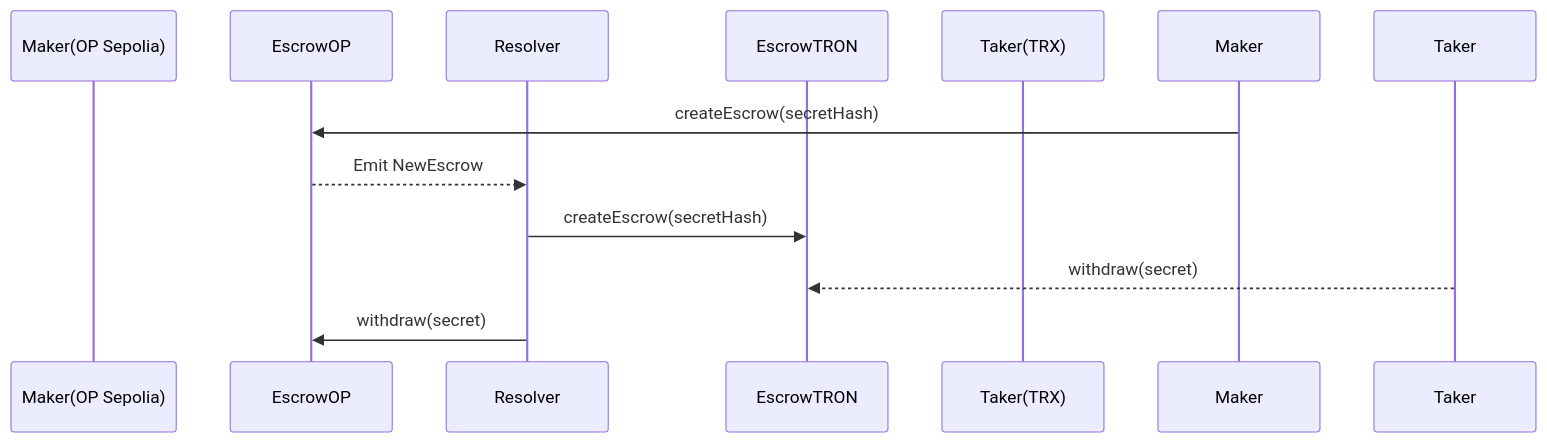
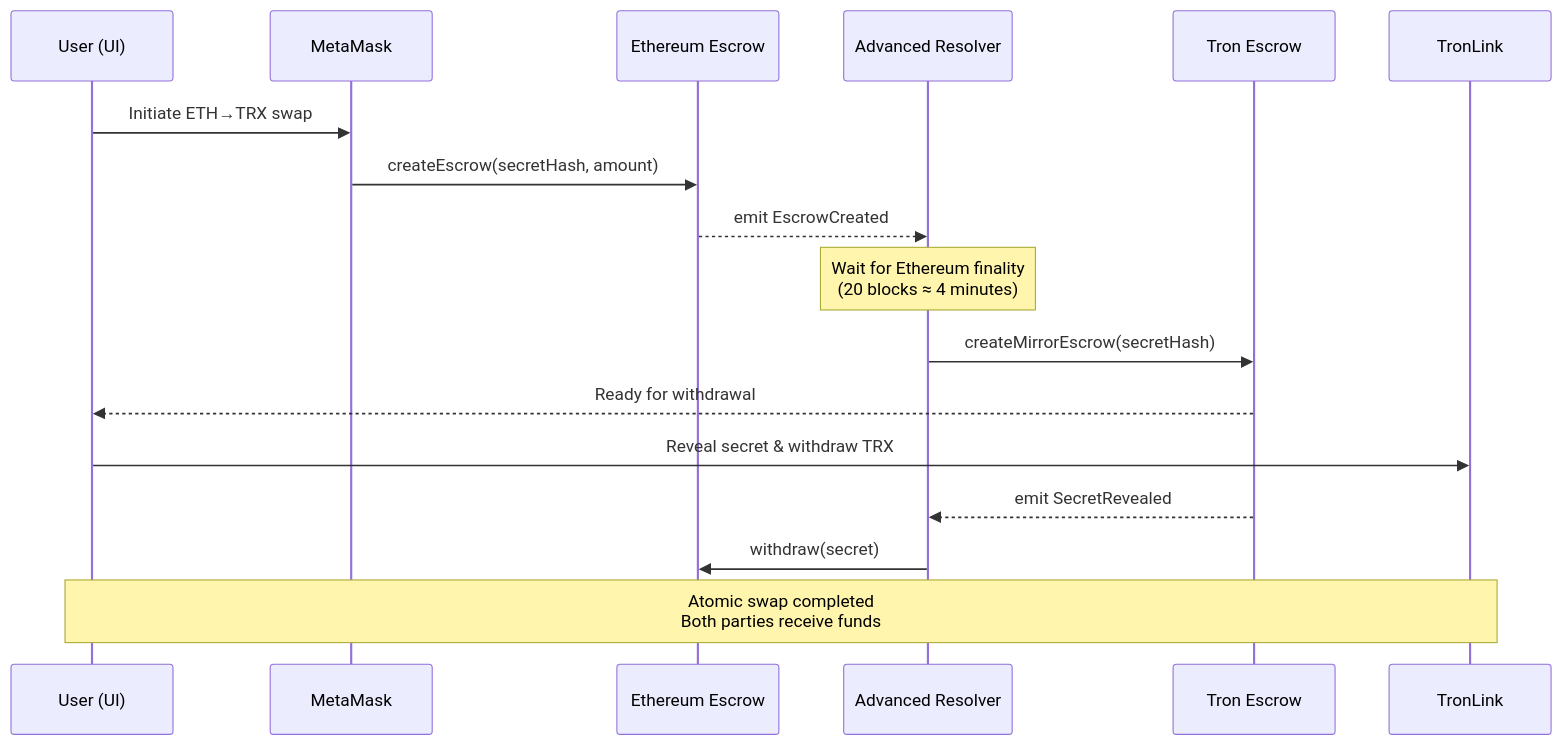
Before and after one commit to JingYuan0926/unite: the diagram in tron/README.md, drawn with Mermaid. The commit also changed other lines of this file and 1 other file, not shown here.

````diff
--- a/tron/README.md
+++ b/tron/README.md
@@ -59,14 +42,24 @@
 ```mermaid
 sequenceDiagram
-    participant Maker(OP Sepolia)
-    participant EscrowOP
-    participant Resolver
-    participant EscrowTRON
-    participant Taker(TRX)
+    participant User as User (UI)
+    participant MetaMask as MetaMask
+    participant EthEscrow as Ethereum Escrow
+    participant Resolver as Advanced Resolver
+    participant TronEscrow as Tron Escrow
+    participant TronLink as TronLink
 
-    Maker->>EscrowOP: createEscrow(secretHash)
-    EscrowOP-->>Resolver: Emit NewEscrow
-    Resolver->>EscrowTRON: createEscrow(secretHash)
-    Taker-->>EscrowTRON: withdraw(secret)
-    Resolver->>EscrowOP: withdraw(secret)
+    User->>MetaMask: Initiate ETH→TRX swap
+    MetaMask->>EthEscrow: createEscrow(secretHash, amount)
+    EthEscrow-->>Resolver: emit EscrowCreated
+    
+    Note over Resolver: Wait for Ethereum finality<br/>(20 blocks ≈ 4 minutes)
+    
+    Resolver->>TronEscrow: createMirrorEscrow(secretHash)
+    TronEscrow-->>User: Ready for withdrawal
+    
+    User->>TronLink: Reveal secret & withdraw TRX
+    TronEscrow-->>Resolver: emit SecretRevealed
+    Resolver->>EthEscrow: withdraw(secret)
+    
+    Note over User,TronLink: Atomic swap completed<br/>Both parties receive funds
 ```
````
